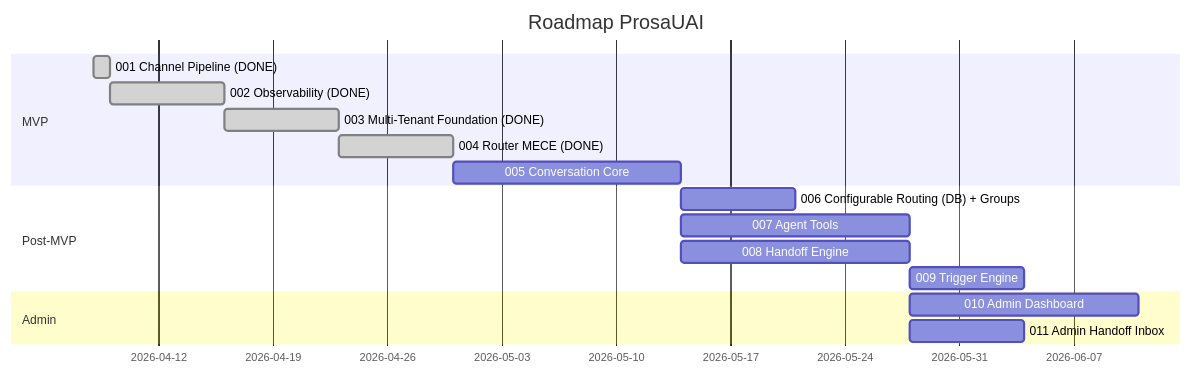
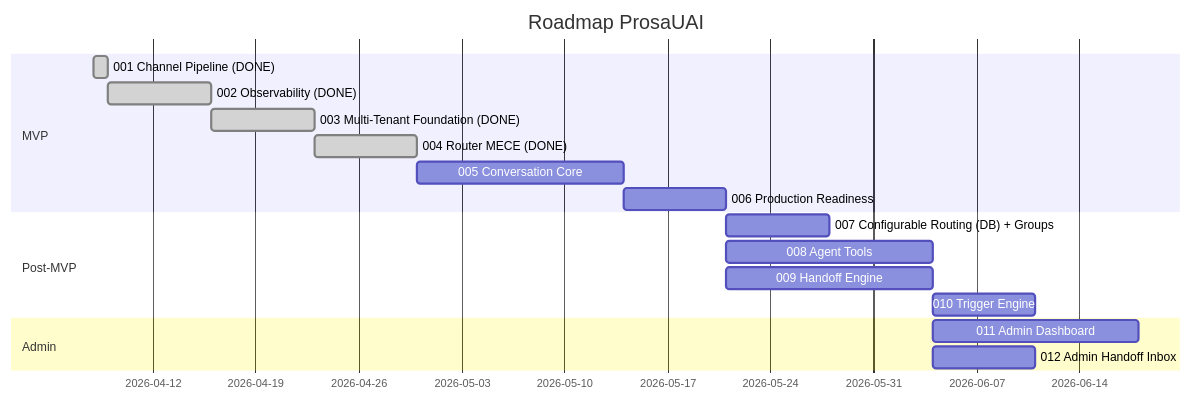
Before and after one commit to paceautomations/madruga.ai: the first of 2 diagrams in platforms/prosauai/planning/roadmap.md, drawn with Mermaid. The commit also changed other lines of this file and 42 other files, not shown here.

````diff
--- a/platforms/prosauai/planning/roadmap.md
+++ b/platforms/prosauai/planning/roadmap.md
@@ -32,19 +32,20 @@
 ```mermaid
 gantt
     title Roadmap ProsaUAI
     dateFormat YYYY-MM-DD
     section MVP
     001 Channel Pipeline (DONE)   :done, a1, 2026-04-08, 1d
     002 Observability (DONE)       :done, a2, after a1, 1w
     003 Multi-Tenant Foundation (DONE) :done, a3, after a2, 1w
     004 Router MECE (DONE)         :done, a4, after a3, 1w
     005 Conversation Core          :a5, after a4, 2w
+    006 Production Readiness       :a6, after a5, 1w
     section Post-MVP
-    006 Configurable Routing (DB) + Groups :a6, after a5, 1w
-    007 Agent Tools         :a7, after a5, 2w
-    008 Handoff Engine      :a8, after a5, 2w
-    009 Trigger Engine      :a9, after a8, 1w
+    007 Configurable Routing (DB) + Groups :a7, after a6, 1w
+    008 Agent Tools         :a8, after a6, 2w
+    009 Handoff Engine      :a9, after a6, 2w
+    010 Trigger Engine      :a10, after a9, 1w
     section Admin
-    010 Admin Dashboard     :a10, after a7, 2w
-    011 Admin Handoff Inbox :a11, after a8, 1w
+    011 Admin Dashboard     :a11, after a8, 2w
+    012 Admin Handoff Inbox :a12, after a9, 1w
 ```
````
